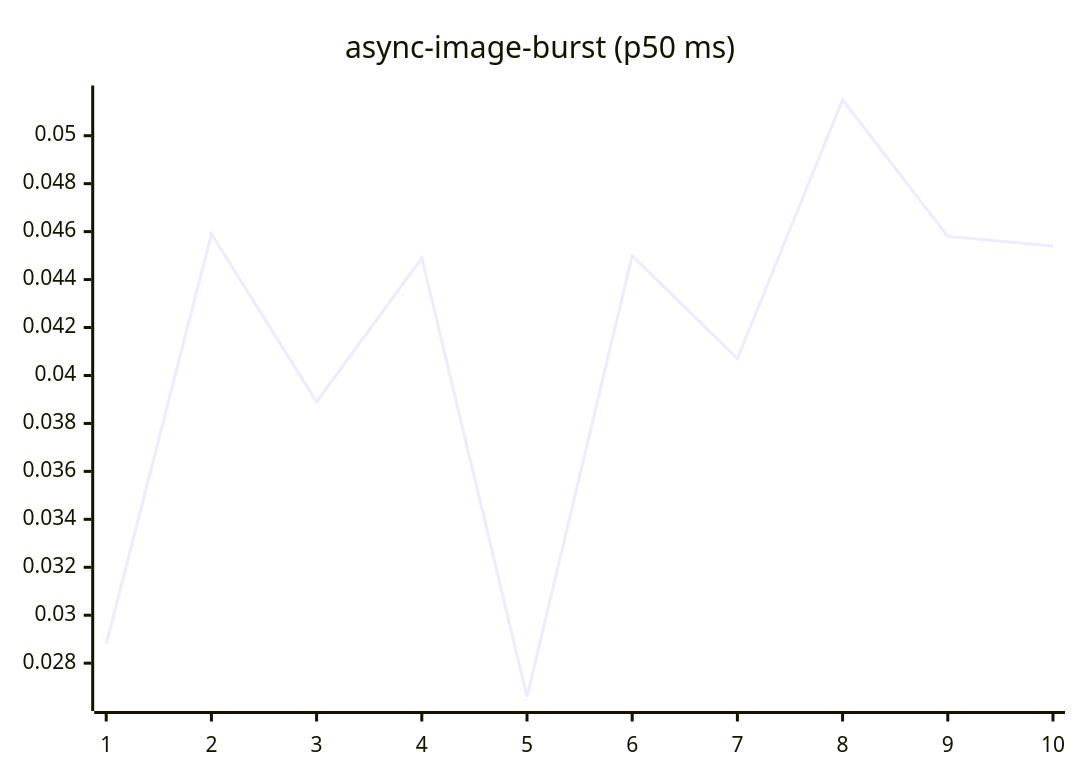
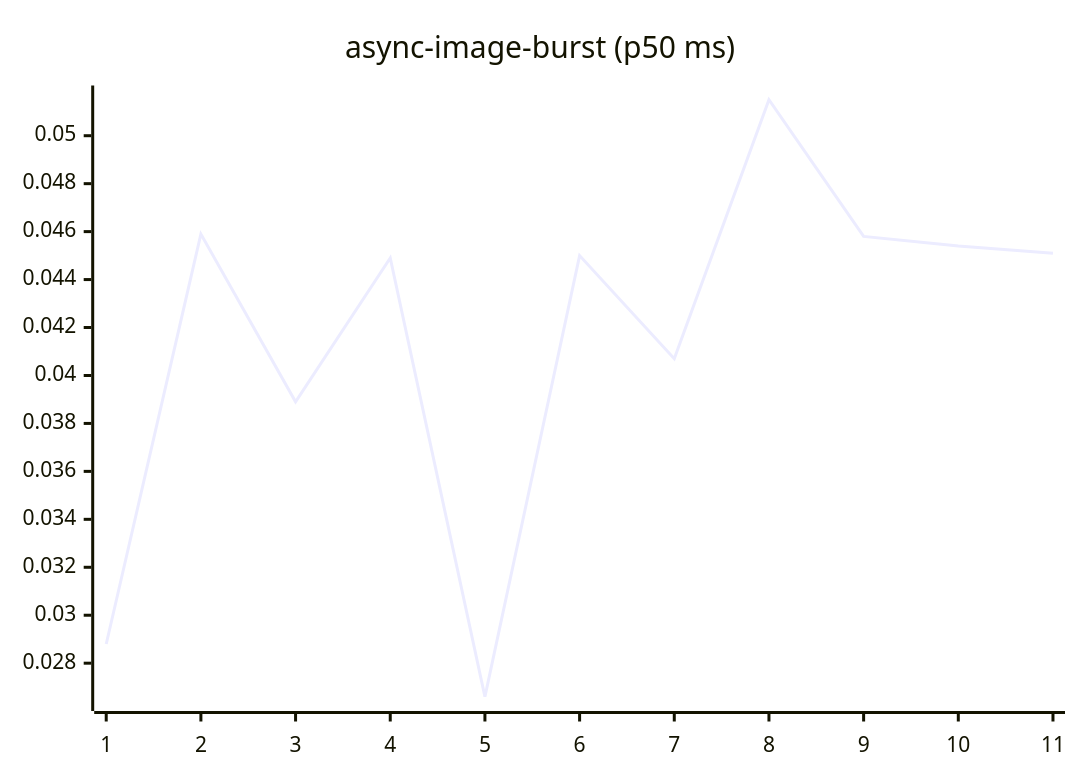
The fourth of 27 diagrams in README.md (josha/Facet), drawn with Mermaid before and after one commit. The commit also changed other lines of this file and 2 other files, not shown here.

````diff
--- a/README.md
+++ b/README.md
@@ -84,6 +84,6 @@
 ```mermaid
 xychart-beta
     title "async-image-burst (p50 ms)"
-    x-axis 1 --> 10
-    line [0.0288, 0.0459, 0.0389, 0.0449, 0.0266, 0.0450, 0.0407, 0.0515, 0.0458, 0.0454]
+    x-axis 1 --> 11
+    line [0.0288, 0.0459, 0.0389, 0.0449, 0.0266, 0.0450, 0.0407, 0.0515, 0.0458, 0.0454, 0.0451]
 ```
````
